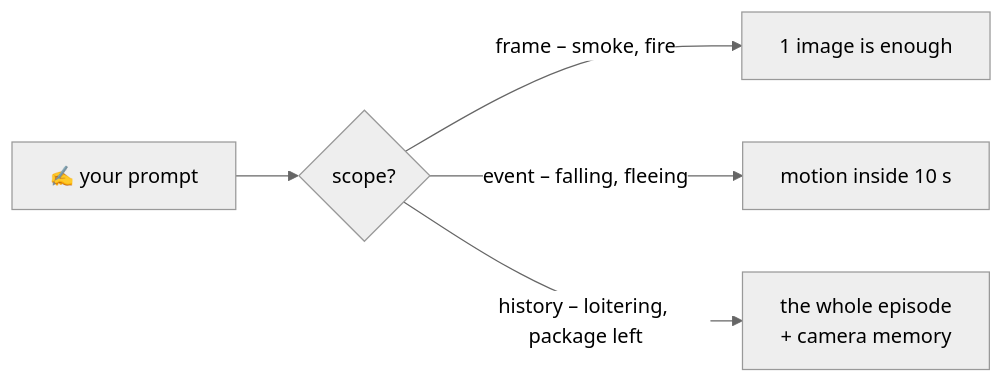
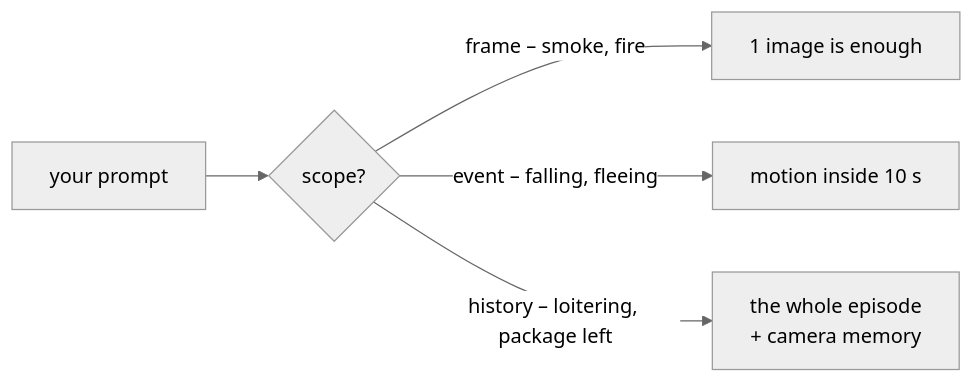
The diagram in README.md (R3vion/cctv_adaptive_event_recognition), drawn with Mermaid (neutral theme) before and after one commit. The commit also changed other lines of this file and 13 other files, not shown here.

````diff
--- a/README.md
+++ b/README.md
@@ -39,7 +41,7 @@
 ```mermaid
 flowchart LR
-    P["✍️ your prompt"] --> S{"scope?"}
+    P["your prompt"] --> S{"scope?"}
     S -->|"frame – smoke, fire"| F["1 image is enough"]
     S -->|"event – falling, fleeing"| E["motion inside 10 s"]
     S -->|"history – loitering, package left"| H["the whole episode<br/>+ camera memory"]
 ```
````
